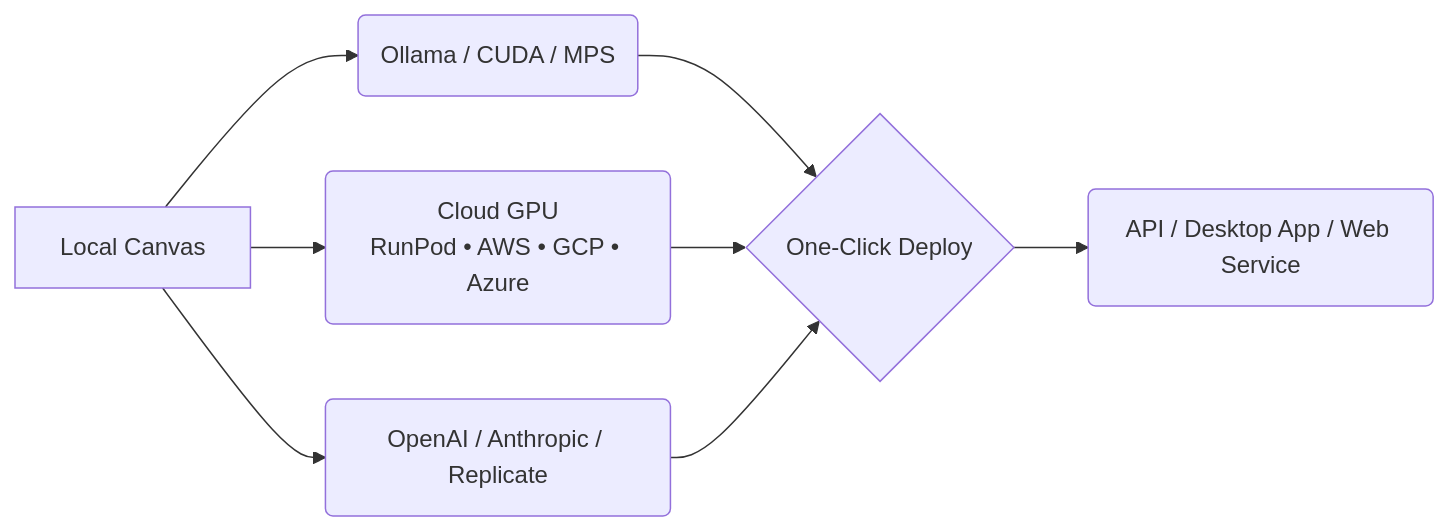
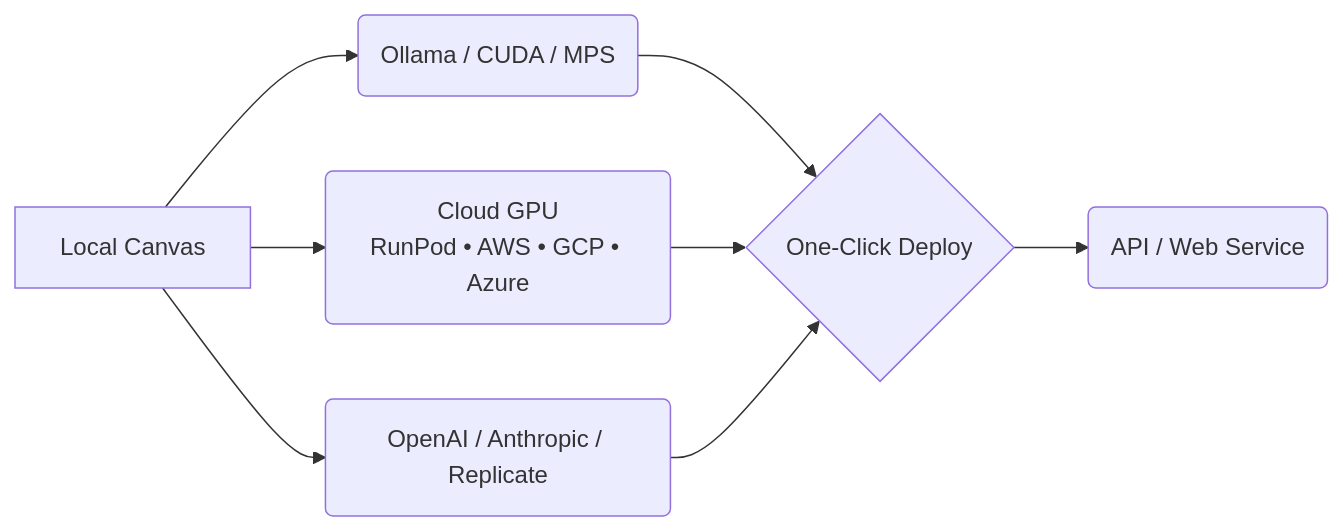
Before and after one commit to nodetool-ai/nodetool: the diagram in README.md, drawn with Mermaid.

Commit message:
Update README.md to remove reference to Desktop App, clarifying deployment options for users.

````diff
--- a/README.md
+++ b/README.md
@@ -61,10 +61,10 @@
 ```mermaid
 graph LR
   A[Local Canvas] --> B(Ollama / CUDA / MPS)
   A --> C(Cloud GPU<br>RunPod • AWS • GCP • Azure)
   A --> D(OpenAI / Anthropic / Replicate)
   B --> E{One‑Click Deploy}
   C --> E
   D --> E
-  E --> F(API / Desktop App / Web Service)
+  E --> F(API / Web Service)
 ```
````
